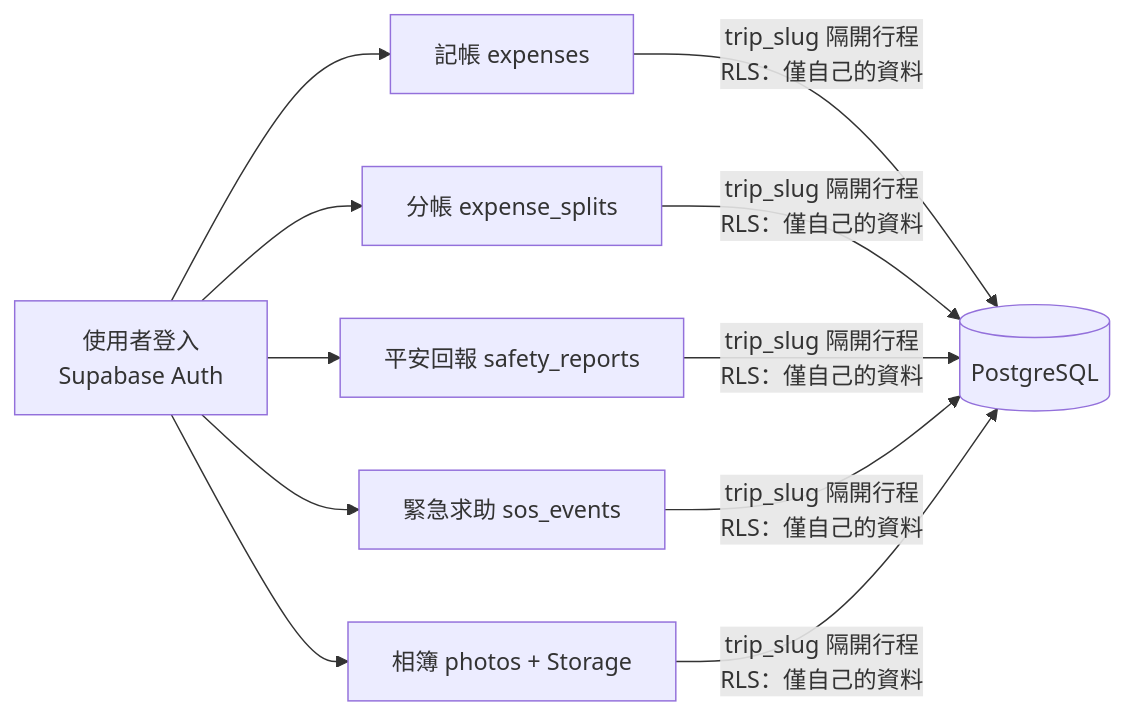
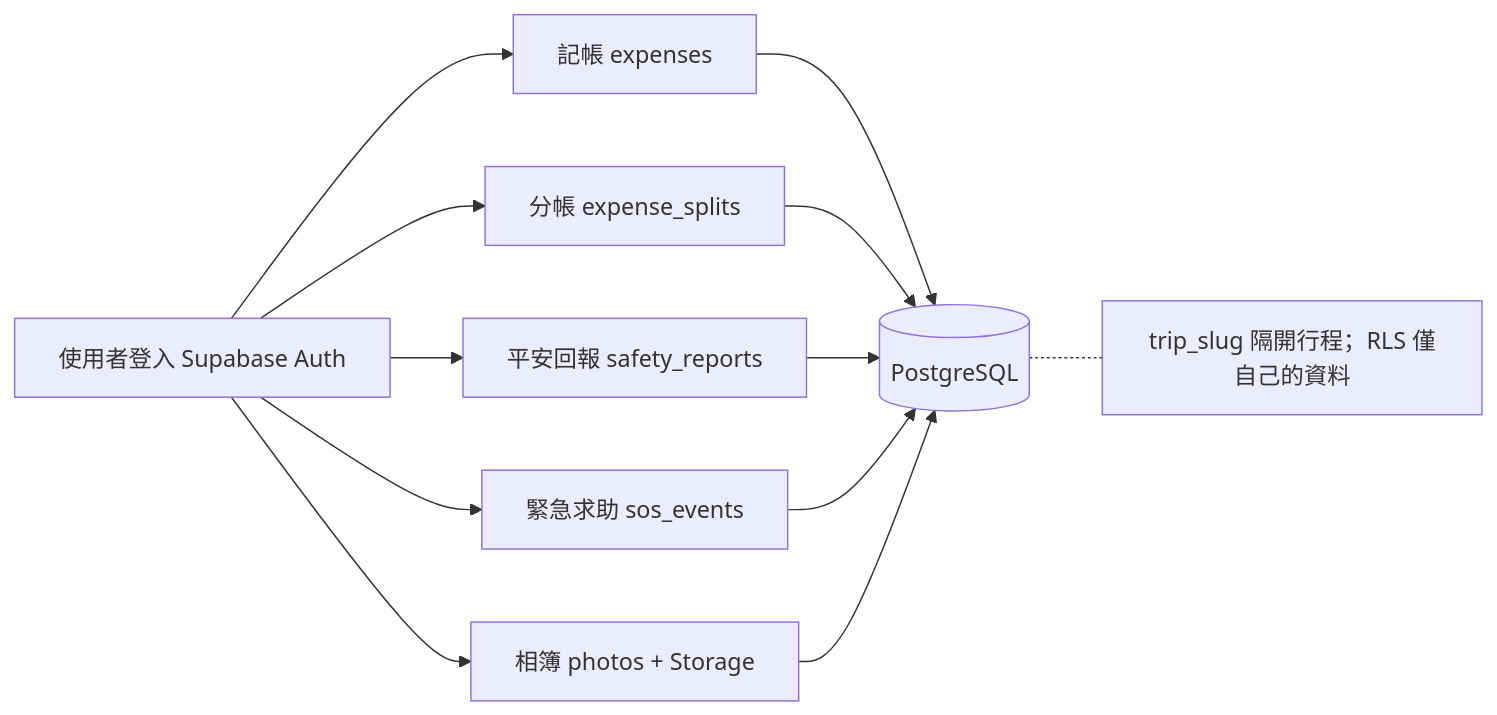
One commit to ChuangAllen/travel-app changed the fourth of 6 diagrams in README.md. Above: the diagram before and after it, drawn with Mermaid. The commit also changed other lines of this file, not shown here.

Commit message:
Docs: 修正 README mermaid 圖語法（GitHub 無法渲染）

````diff
--- a/README.md
+++ b/README.md
@@ -133,9 +133,14 @@
 ```mermaid
 flowchart LR
-    A[使用者登入<br/>Supabase Auth] --> B[記帳 expenses]
-    A --> C[分帳 expense_splits]
-    A --> D[平安回報 safety_reports]
-    A --> E[緊急求助 sos_events]
-    A --> F[相簿 photos + Storage]
-    B & C & D & E & F -->|trip_slug 隔開行程<br/>RLS：僅自己的資料| G[(PostgreSQL)]
+    A["使用者登入 Supabase Auth"] --> B["記帳 expenses"]
+    A --> C["分帳 expense_splits"]
+    A --> D["平安回報 safety_reports"]
+    A --> E["緊急求助 sos_events"]
+    A --> F["相簿 photos + Storage"]
+    B --> G[("PostgreSQL")]
+    C --> G
+    D --> G
+    E --> G
+    F --> G
+    G -.- N["trip_slug 隔開行程；RLS 僅自己的資料"]
 ```
````
